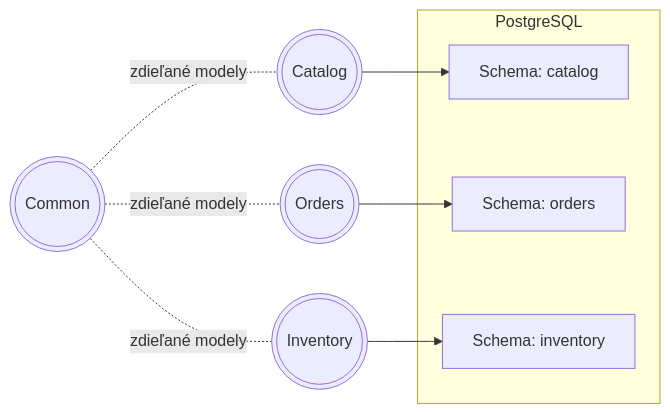
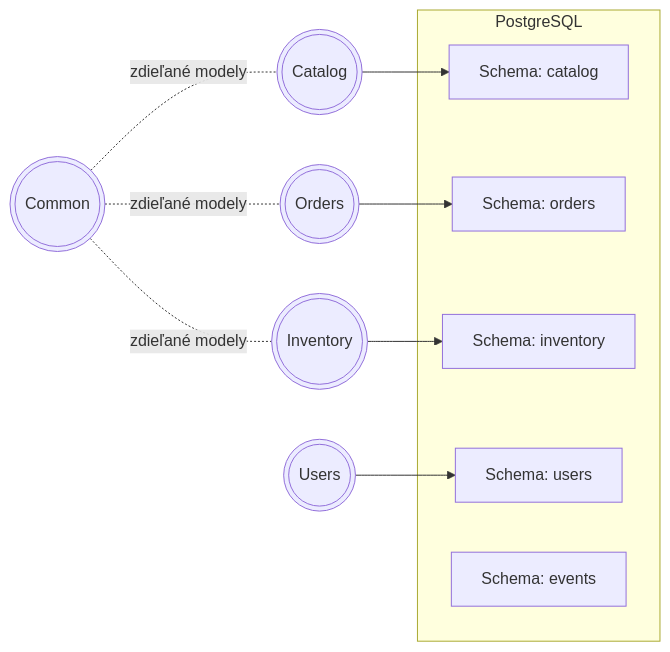
One commit to andrejvysny/spring-modular-monolith changed the first of 8 diagrams in AS_project_draft.md. Above: the diagram before and after it, drawn with Mermaid. The commit also changed other lines of this file, not shown here.

````diff
--- a/AS_project_draft.md
+++ b/AS_project_draft.md
@@ -127,14 +116,18 @@
 ```mermaid
 flowchart LR
   subgraph Postgres[PostgreSQL]
     C[Schema: catalog]
     O[Schema: orders]
     I[Schema: inventory]
+    U[Schema: users]
+    E[Schema: events]
   end
   Catalog(((Catalog))) --> C
   Orders(((Orders))) --> O
   Inventory(((Inventory))) --> I
+  Users(((Users))) --> U
   Common(((Common))) -. zdieľané modely .- Catalog
   Common -. zdieľané modely .- Orders
   Common -. zdieľané modely .- Inventory
+  %% Schéma 'events' je technická (Spring Modulith JDBC events)
 ```
````
